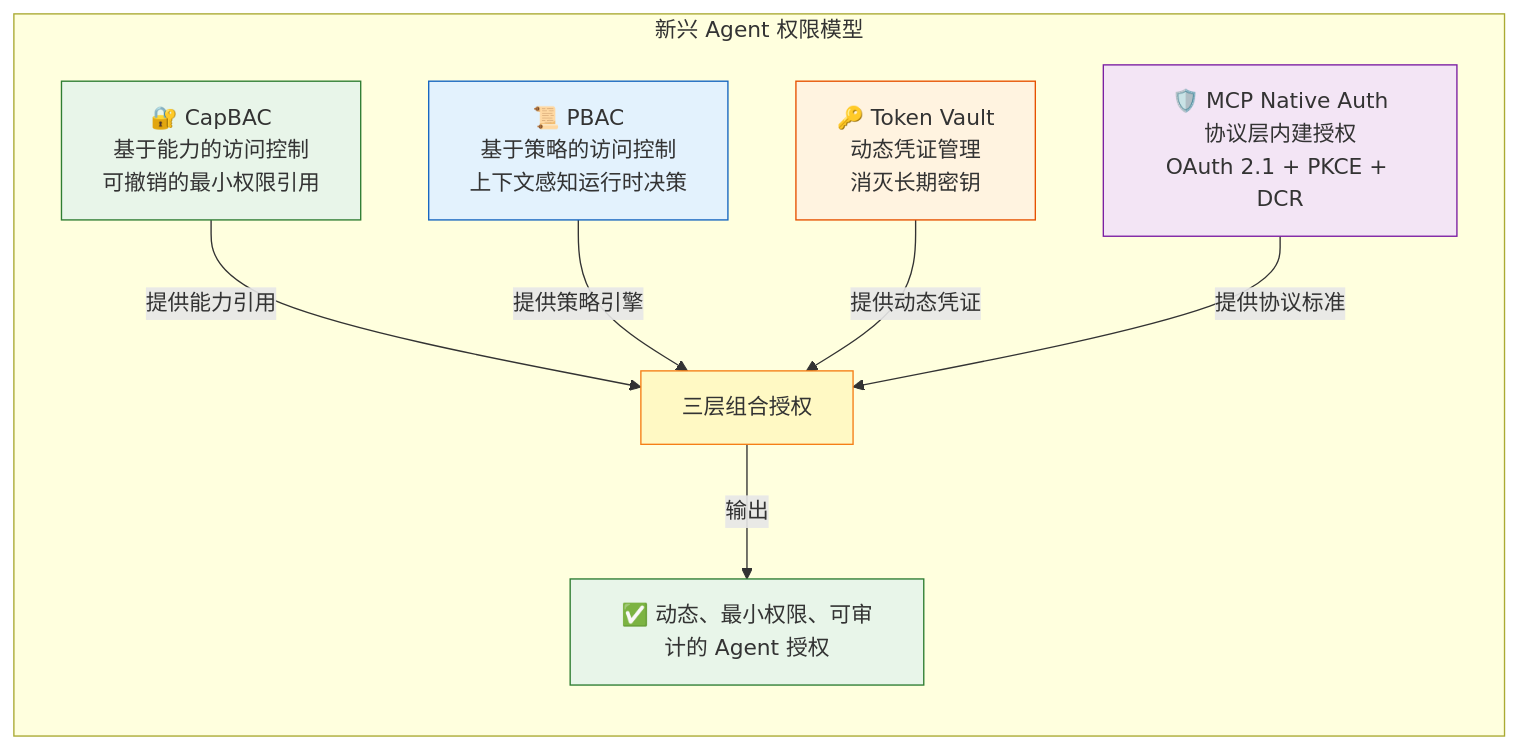
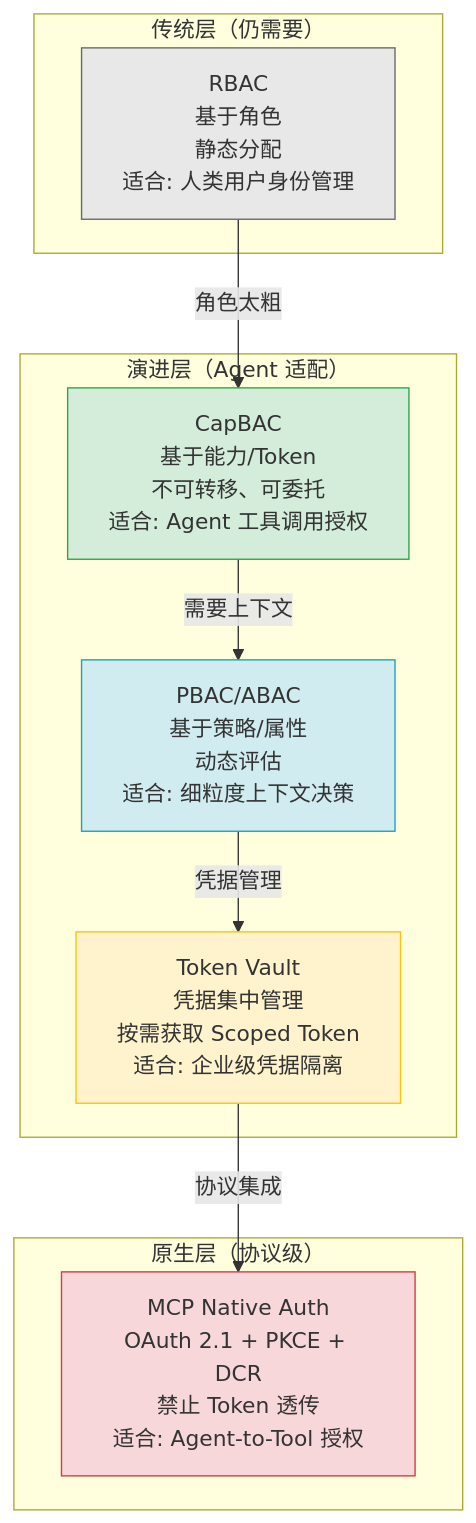
The first of 2 diagrams in reports/agent-tool-permissions.md (wqwz111/Tech-Researcher), drawn with Mermaid before and after one commit. The commit also changed other lines of this file and 3 other files, not shown here.

````diff
--- a/reports/agent-tool-permissions.md
+++ b/reports/agent-tool-permissions.md
@@ -63,25 +80,27 @@
 ```mermaid
 graph TB
-    subgraph "新兴 Agent 权限模型"
-        direction TB
-
-        CapBAC["🔐 CapBAC<br/>基于能力的访问控制<br/>可撤销的最小权限引用"]
-        PBAC["📜 PBAC<br/>基于策略的访问控制<br/>上下文感知运行时决策"]
-        TV["🔑 Token Vault<br/>动态凭证管理<br/>消灭长期密钥"]
-        MA["🛡️ MCP Native Auth<br/>协议层内建授权<br/>OAuth 2.1 + PKCE + DCR"]
-
-        CapBAC -->|"提供能力引用"| Combo["三层组合授权"]
-        PBAC -->|"提供策略引擎"| Combo
-        TV -->|"提供动态凭证"| Combo
-        MA -->|"提供协议标准"| Combo
-
-        Combo -->|"输出"| Result["✅ 动态、最小权限、可审计的 Agent 授权"]
+    subgraph "传统层（仍需要）"
+        RBAC["RBAC<br/>基于角色<br/>静态分配<br/>适合: 人类用户身份管理"]
     end
 
-    style CapBAC fill:#e8f5e9,stroke:#2e7d32
-    style PBAC fill:#e3f2fd,stroke:#1565c0
-    style TV fill:#fff3e0,stroke:#e65100
-    style MA fill:#f3e5f5,stroke:#7b1fa2
-    style Combo fill:#fff9c4,stroke:#f57f17
-    style Result fill:#e8f5e9,stroke:#2e7d32
+    subgraph "演进层（Agent 适配）"
+        CapBAC["CapBAC<br/>基于能力/Token<br/>不可转移、可委托<br/>适合: Agent 工具调用授权"]
+        PBAC["PBAC/ABAC<br/>基于策略/属性<br/>动态评估<br/>适合: 细粒度上下文决策"]
+        TokenVault["Token Vault<br/>凭据集中管理<br/>按需获取 Scoped Token<br/>适合: 企业级凭据隔离"]
+    end
+
+    subgraph "原生层（协议级）"
+        MCPAuth["MCP Native Auth<br/>OAuth 2.1 + PKCE + DCR<br/>禁止 Token 透传<br/>适合: Agent-to-Tool 授权"]
+    end
+
+    RBAC -->|"角色太粗"| CapBAC
+    CapBAC -->|"需要上下文"| PBAC
+    PBAC -->|"凭据管理"| TokenVault
+    TokenVault -->|"协议集成"| MCPAuth
+    
+    style RBAC fill:#e8e8e8,stroke:#666
+    style CapBAC fill:#d4edda,stroke:#28a745
+    style PBAC fill:#d1ecf1,stroke:#17a2b8
+    style TokenVault fill:#fff3cd,stroke:#ffc107
+    style MCPAuth fill:#f8d7da,stroke:#dc3545
 ```
````
